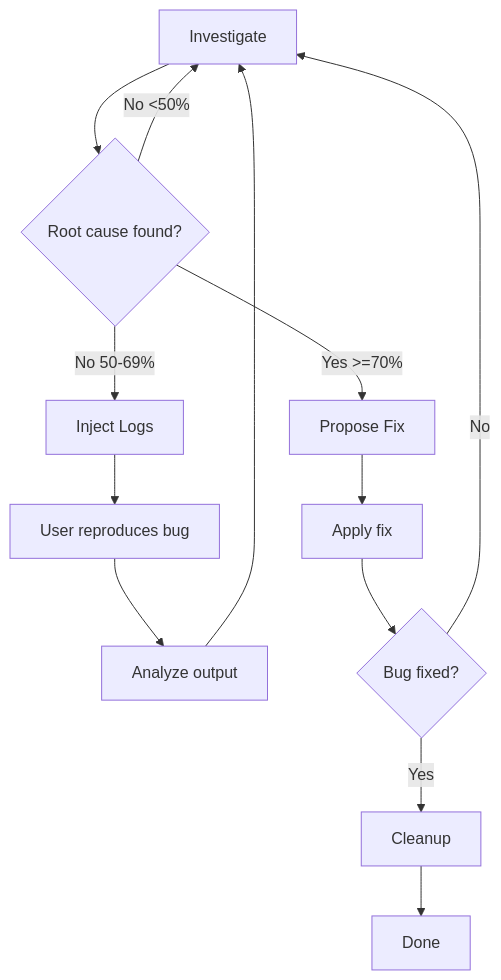
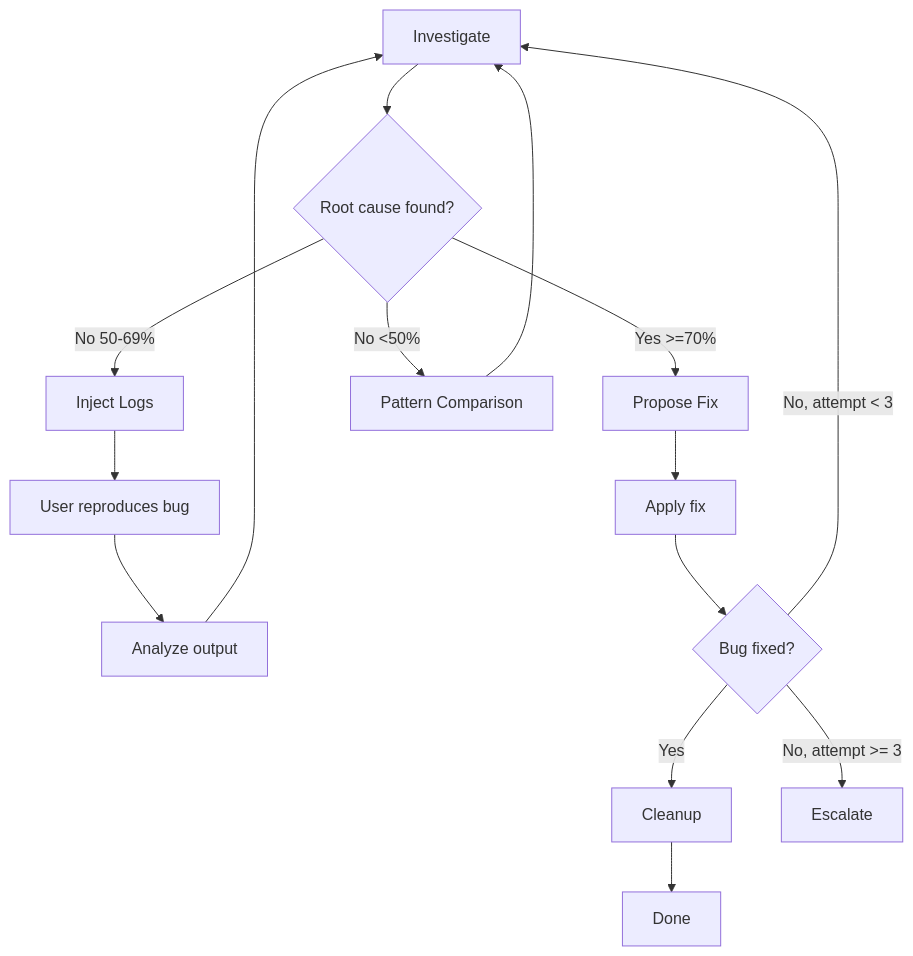
One commit to adeonir/agent-skills changed the diagram in skills/(development)/debug-tools/README.md. Above: the diagram before and after it, drawn with Mermaid. The commit also changed other lines of this file and 8 other files, not shown here.

````diff
--- a/skills/(development)/debug-tools/README.md
+++ b/skills/(development)/debug-tools/README.md
@@ -15,15 +15,17 @@
 ```mermaid
 flowchart TD
     A[Investigate] --> B{Root cause found?}
     B -->|Yes >=70%| C[Propose Fix]
     B -->|No 50-69%| D[Inject Logs]
-    B -->|No <50%| A
-    D --> E[User reproduces bug]
-    E --> F[Analyze output]
-    F --> A
-    C --> G[Apply fix]
-    G --> H{Bug fixed?}
-    H -->|Yes| I[Cleanup]
-    H -->|No| A
-    I --> J[Done]
+    B -->|No <50%| E[Pattern Comparison]
+    D --> F[User reproduces bug]
+    F --> G[Analyze output]
+    G --> A
+    E --> A
+    C --> H[Apply fix]
+    H --> I{Bug fixed?}
+    I -->|Yes| J[Cleanup]
+    I -->|No, attempt < 3| A
+    I -->|No, attempt >= 3| K[Escalate]
+    J --> L[Done]
 ```
````
